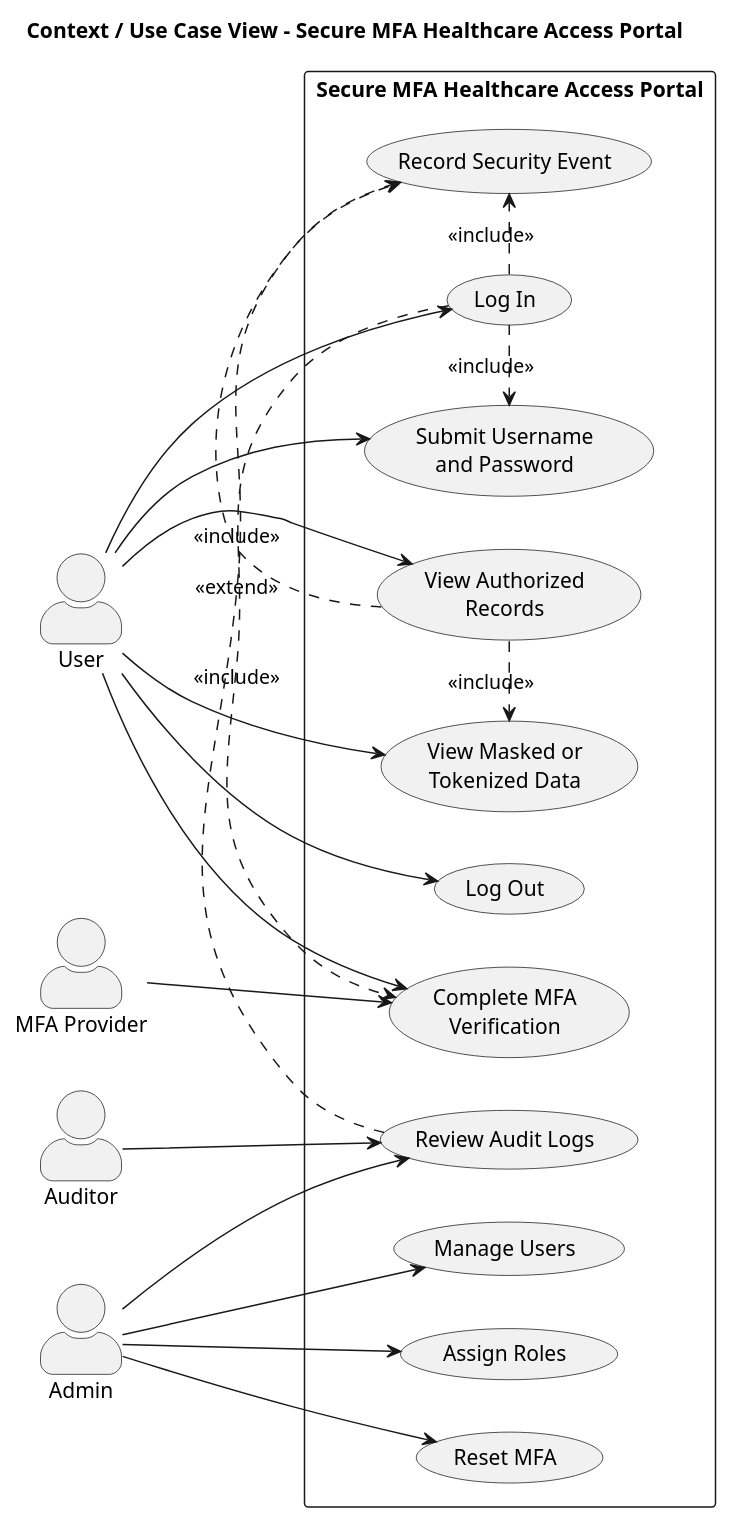
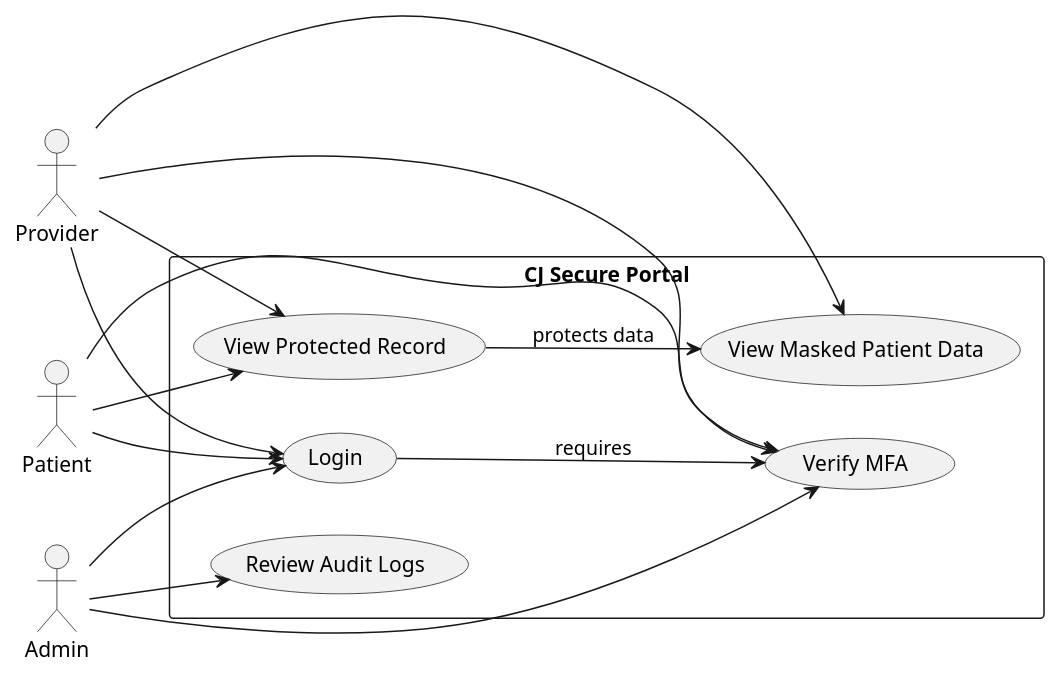
One commit to jgriffin12/CSCI375_final_project changed the diagram in Docs/Uml/01_context_use_case.puml. Above: the diagram before and after it, drawn with PlantUML. The commit also changed 9 other files, not shown here.

Commit message:
Updating UML and digrams

```diff
--- a/Docs/Uml/01_context_use_case.puml
+++ b/Docs/Uml/01_context_use_case.puml
@@ -1,49 +1,32 @@
 @startuml
 left to right direction
-skinparam packageStyle rectangle
-skinparam shadowing false
-skinparam actorStyle awesome
 
-title Context / Use Case View - Secure MFA Healthcare Access Portal
+actor Patient
+actor Provider
+actor Admin
 
-actor User
-actor Admin
-actor Auditor
-actor "MFA Provider" as MFA
-
-rectangle "Secure MFA Healthcare Access Portal" {
-  usecase "Log In" as UC1
-  usecase "Submit Username\nand Password" as UC2
-  usecase "Complete MFA\nVerification" as UC3
-  usecase "View Authorized\nRecords" as UC4
-  usecase "View Masked or\nTokenized Data" as UC5
-  usecase "Log Out" as UC6
-  usecase "Manage Users" as UC7
-  usecase "Assign Roles" as UC8
-  usecase "Reset MFA" as UC9
-  usecase "Review Audit Logs" as UC10
-  usecase "Record Security Event" as UC11
+rectangle "CJ Secure Portal" {
+  usecase "Login" as UC1
+  usecase "Verify MFA" as UC2
+  usecase "View Protected Record" as UC3
+  usecase "View Masked Patient Data" as UC4
+  usecase "Review Audit Logs" as UC5
 }
 
-User --> UC1
-User --> UC2
-User --> UC3
-User --> UC4
-User --> UC5
-User --> UC6
+Patient --> UC1
+Patient --> UC2
+Patient --> UC3
 
-Admin --> UC7
-Admin --> UC8
-Admin --> UC9
-Admin --> UC10
+Provider --> UC1
+Provider --> UC2
+Provider --> UC3
+Provider --> UC4
 
-Auditor --> UC10
-MFA --> UC3
+Admin --> UC1
+Admin --> UC2
+Admin --> UC5
 
-UC1 .> UC2 : <<include>>
-UC1 .> UC3 : <<include>>
-UC4 .> UC5 : <<include>>
-UC1 .> UC11 : <<include>>
-UC4 .> UC11 : <<include>>
-UC10 .> UC11 : <<extend>>
+UC1 --> UC2 : requires
+UC3 --> UC4 : protects data
+
 @enduml
```
